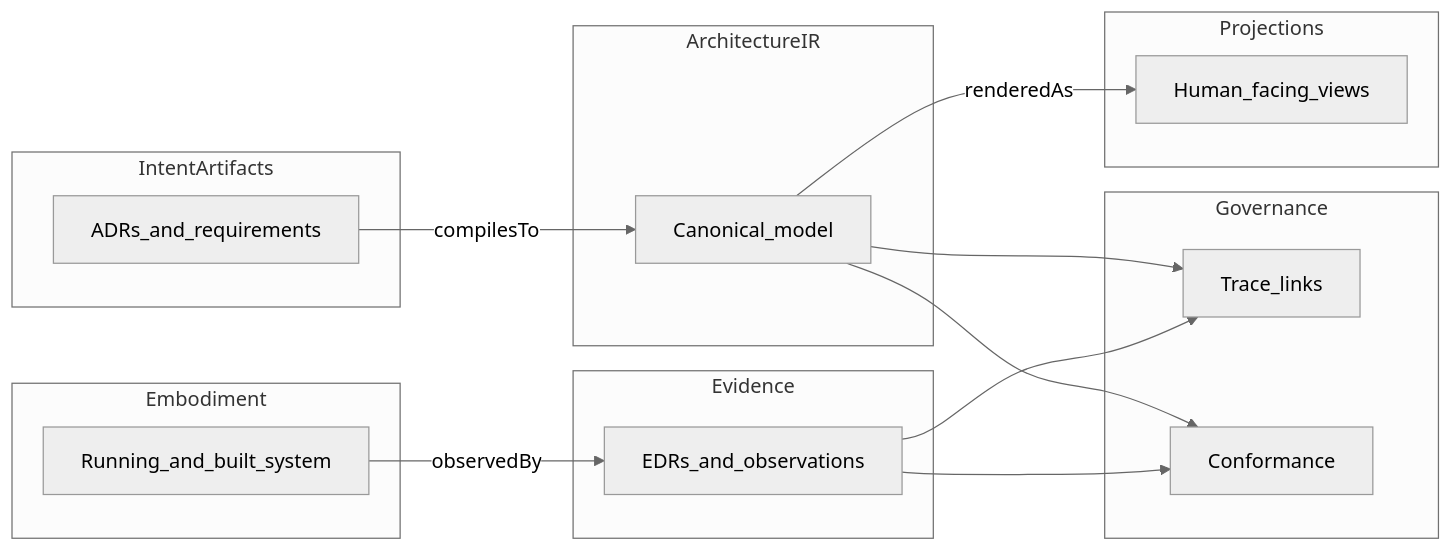
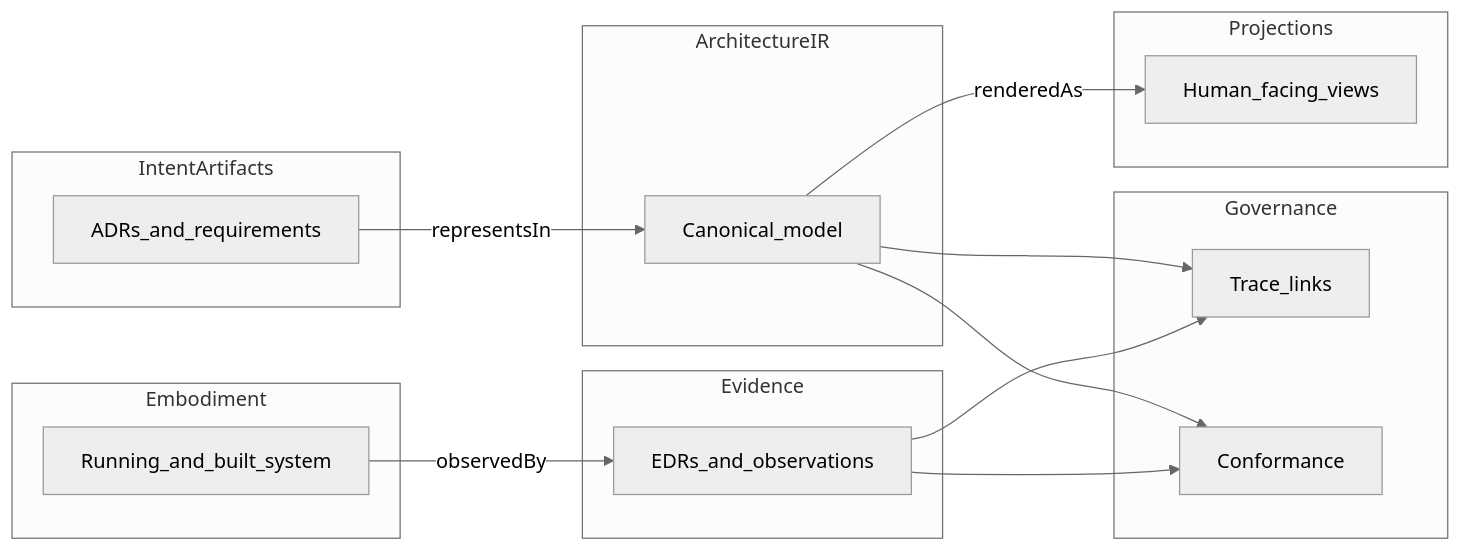
One commit to egallmann/ste-handbook changed the diagram in 03-artifacts/03-00-artifact-layer-overview.md. Above: the diagram before and after it, drawn with Mermaid (neutral theme). The commit also changed other lines of this file and 35 other files, not shown here.

````diff
--- a/03-artifacts/03-00-artifact-layer-overview.md
+++ b/03-artifacts/03-00-artifact-layer-overview.md
@@ -84,29 +84,29 @@
 ```mermaid
 flowchart LR
   subgraph intentRegion [IntentArtifacts]
     IA[ADRs_and_requirements]
   end
   subgraph canonicalRegion [ArchitectureIR]
     IR[Canonical_model]
   end
   subgraph builtRegion [Embodiment]
     EM[Running_and_built_system]
   end
   subgraph proofRegion [Evidence]
     EV[EDRs_and_observations]
   end
   subgraph govRegion [Governance]
     TR[Trace_links]
     CF[Conformance]
   end
   subgraph viewRegion [Projections]
     PR[Human_facing_views]
   end
-  IA -->|compilesTo| IR
+  IA -->|representsIn| IR
   IR --> TR
   EV --> TR
   IR --> CF
   EV --> CF
   IR -->|renderedAs| PR
   EM -->|observedBy| EV
 ```
````
